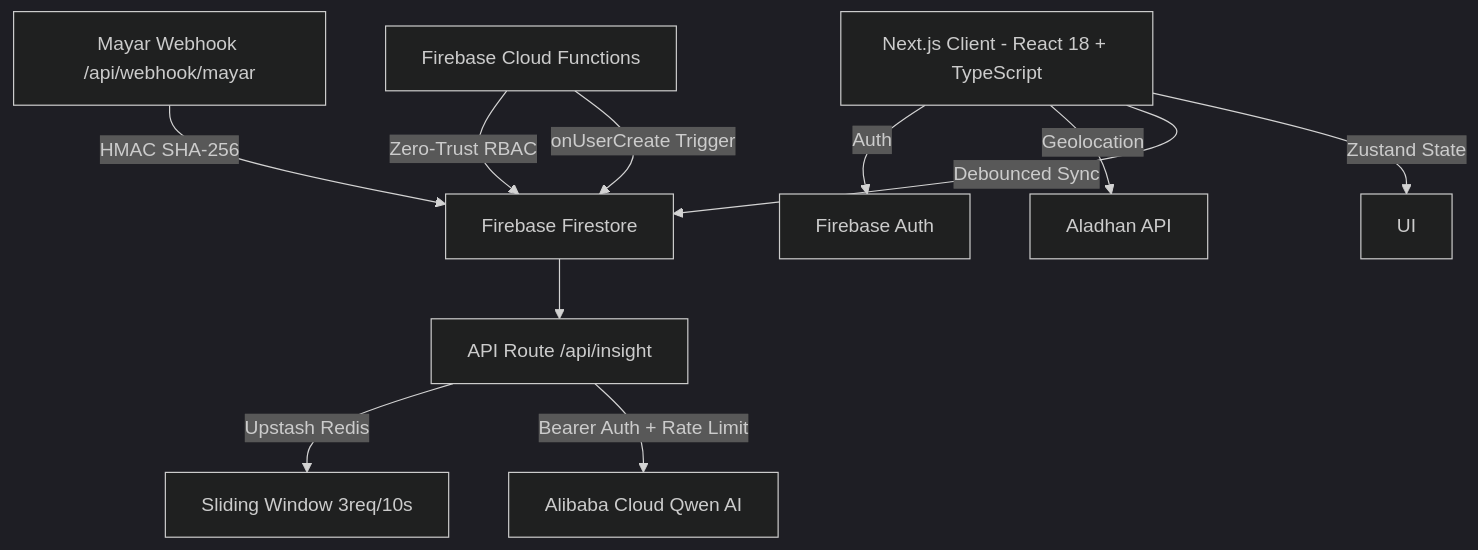
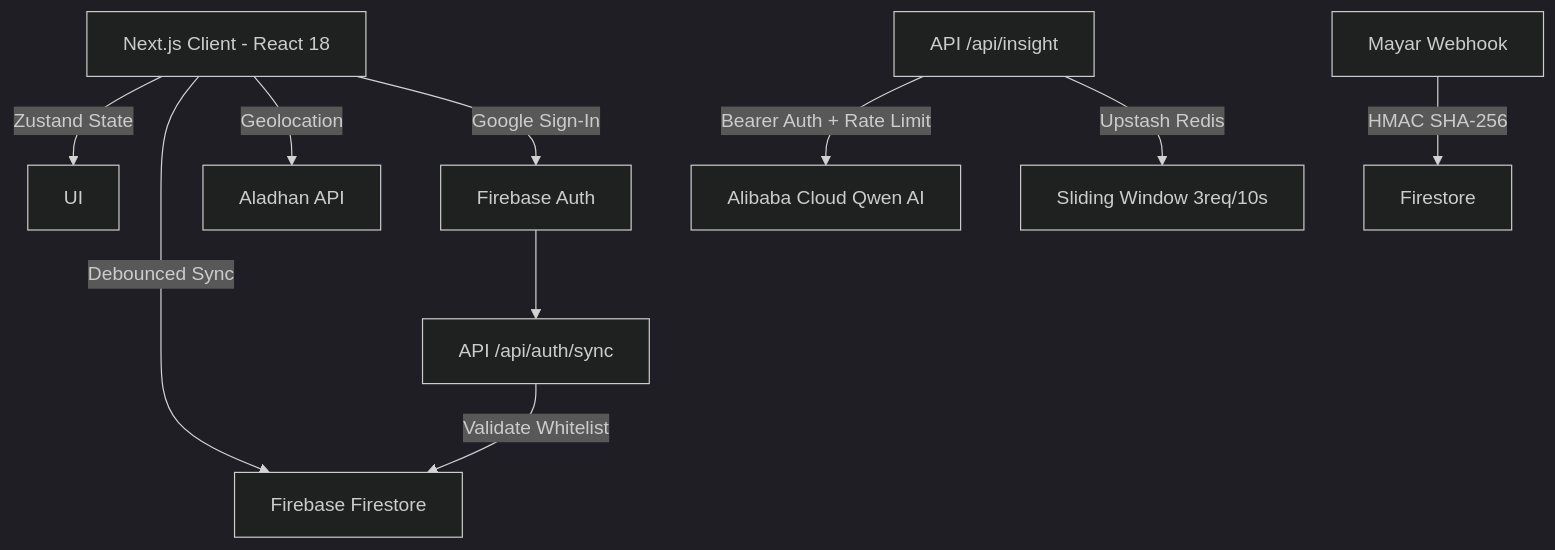
The diagram in README.md (0xshalah/Ramadhan-VibeTracker-V2), drawn with Mermaid (dark theme) before and after one commit. The commit also changed other lines of this file and 1 other file, not shown here.

````diff
--- a/README.md
+++ b/README.md
@@ -39,16 +40,14 @@
 ```mermaid
 graph TD;
-    Client[Next.js Client - React 18 + TypeScript] -->|Zustand State| UI;
+    Client[Next.js Client - React 18] -->|Zustand State| UI;
     Client -->|Debounced Sync| Firestore[Firebase Firestore];
     Client -->|Geolocation| Aladhan[Aladhan API];
-    Client -->|Auth| FirebaseAuth[Firebase Auth];
     
-    API_Insight[API Route /api/insight] -->|Bearer Auth + Rate Limit| LLM[Alibaba Cloud Qwen AI];
+    AuthSync[API /api/auth/sync] -->|Validate Whitelist| Firestore;
+    Client -->|Google Sign-In| FirebaseAuth[Firebase Auth] --> AuthSync;
+    
+    API_Insight[API /api/insight] -->|Bearer Auth + Rate Limit| LLM[Alibaba Cloud Qwen AI];
     API_Insight -->|Upstash Redis| RateLimit[Sliding Window 3req/10s];
-    Firestore --> API_Insight;
     
-    CloudFunctions[Firebase Cloud Functions] -->|onUserCreate Trigger| Firestore;
-    CloudFunctions -->|Zero-Trust RBAC| Firestore;
-    
-    Webhook[Mayar Webhook /api/webhook/mayar] -->|HMAC SHA-256| Firestore;
+    Webhook[Mayar Webhook] -->|HMAC SHA-256| Firestore_Donations[Firestore];
 ```
````
